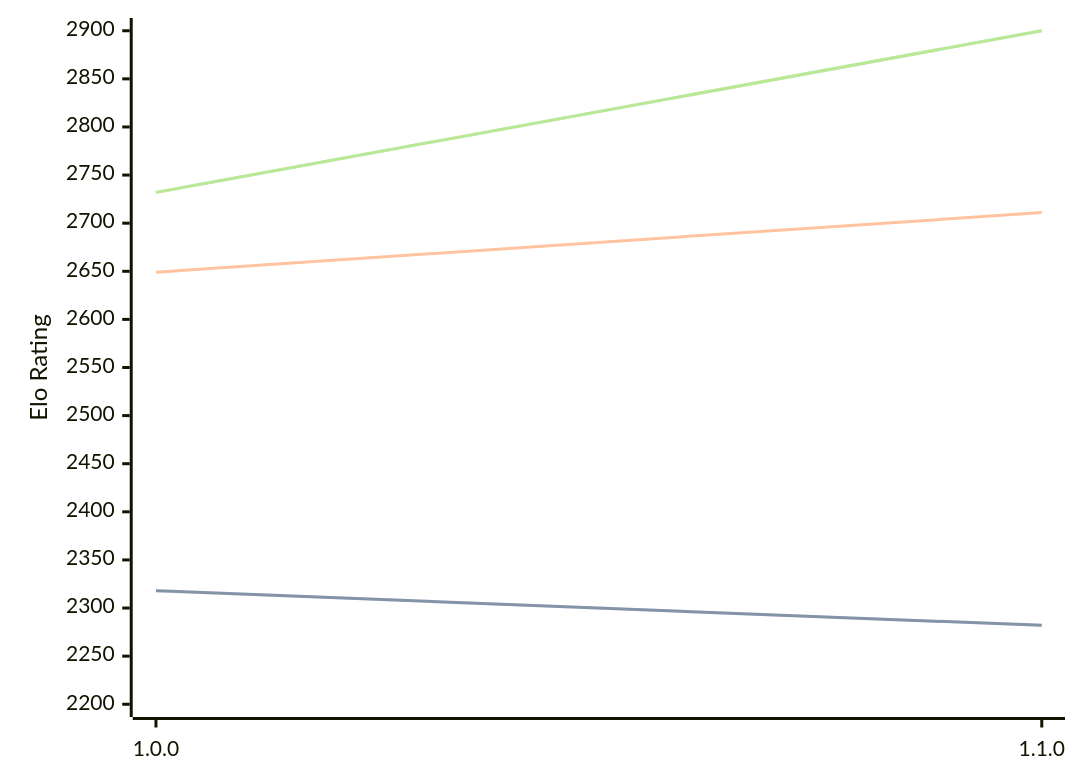
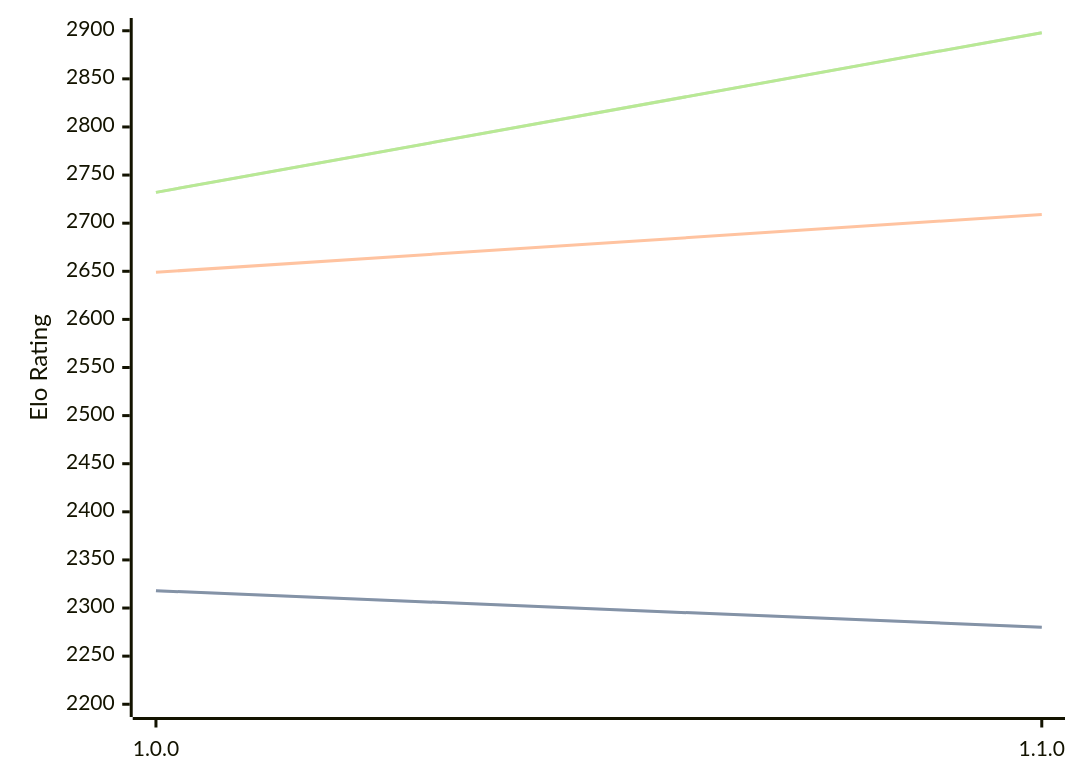
The diagram in engines/ShallowGuess.md (computer-chess-index/cci), drawn with Mermaid before and after one commit. The commit also changed other lines of this file, not shown here.

Commit message:
Update CCI Ratings (ELO VLTC) - 2026-08-03

````diff
--- a/engines/ShallowGuess.md
+++ b/engines/ShallowGuess.md
@@ -36,11 +36,11 @@
 ```mermaid
 %%{init: {"theme":"base","themeVariables":{"seriesColors:['#a3a3a3','#222221','#faa371']}}}%%
 xychart-beta
   x-axis ["1.0.0", "1.1.0"]
   y-axis "Elo Rating" 2200 --> 2900
-  line "STC (8.0+0.08s)" [2318, 2282]
-  line "STC (8.0+0.08s)" [2318, 2282]
-  line "LTC (60.0+0.60s)" [2649, 2711]
-  line "VLTC (2m24s+1.12s)" [2732, 2900]
-  line "VLTC (2m24s+1.12s)" [2732, 2900]
+  line "STC (8.0+0.08s)" [2318, 2280]
+  line "STC (8.0+0.08s)" [2318, 2280]
+  line "LTC (60.0+0.60s)" [2649, 2709]
+  line "VLTC (2m24s+1.12s)" [2732, 2898]
+  line "VLTC (2m24s+1.12s)" [2732, 2898]
 ```
````
